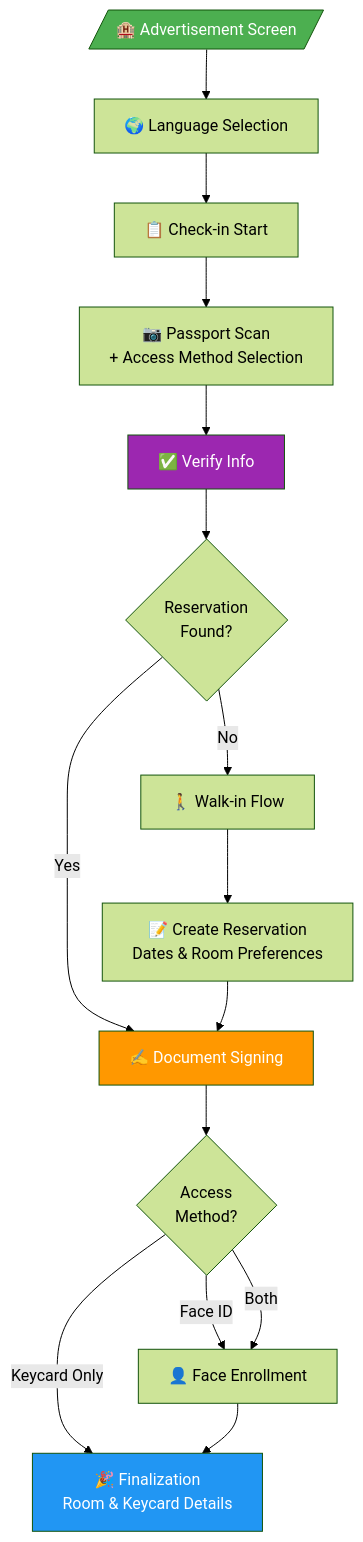
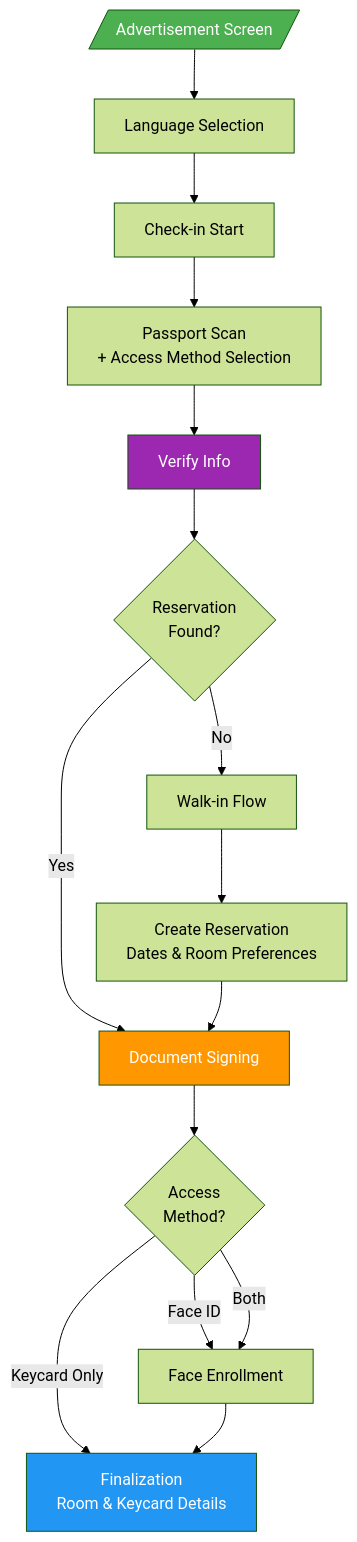
Before and after one commit to omarmx9/smart-hotel: the third of 3 diagrams in kiosk/README.md, drawn with Mermaid (forest theme). The commit also changed other lines of this file and 22 other files, not shown here.

````diff
--- a/kiosk/README.md
+++ b/kiosk/README.md
@@ -142,27 +152,27 @@
 ```mermaid
 flowchart TD
-    START[/"🏨 Advertisement Screen"/] --> LANG["🌍 Language Selection"]
-    LANG --> CHECKIN["📋 Check-in Start"]
-    CHECKIN --> PASSPORT["📷 Passport Scan<br/>+ Access Method Selection"]
-    PASSPORT --> VERIFY["✅ Verify Info"]
+    START[/"Advertisement Screen"/] --> LANG["Language Selection"]
+    LANG --> CHECKIN["Check-in Start"]
+    CHECKIN --> PASSPORT["Passport Scan<br/>+ Access Method Selection"]
+    PASSPORT --> VERIFY["Verify Info"]
     
     VERIFY --> FOUND{"Reservation<br/>Found?"}
     
-    FOUND -->|Yes| SIGN["✍️ Document Signing"]
-    FOUND -->|No| WALKIN["🚶 Walk-in Flow"]
-    WALKIN --> CREATE["📝 Create Reservation<br/>Dates & Room Preferences"]
+    FOUND -->|Yes| SIGN["Document Signing"]
+    FOUND -->|No| WALKIN["Walk-in Flow"]
+    WALKIN --> CREATE["Create Reservation<br/>Dates & Room Preferences"]
     CREATE --> SIGN
     
     SIGN --> ACCESS{"Access<br/>Method?"}
     
-    ACCESS -->|Keycard Only| FINALIZE["🎉 Finalization<br/>Room & Keycard Details"]
-    ACCESS -->|Face ID| ENROLL["👤 Face Enrollment"]
+    ACCESS -->|Keycard Only| FINALIZE["Finalization<br/>Room & Keycard Details"]
+    ACCESS -->|Face ID| ENROLL["Face Enrollment"]
     ACCESS -->|Both| ENROLL
     
     ENROLL --> FINALIZE
     
     style START fill:#4CAF50,color:#fff
     style FINALIZE fill:#2196F3,color:#fff
     style SIGN fill:#FF9800,color:#fff
     style VERIFY fill:#9C27B0,color:#fff
 ```
````
